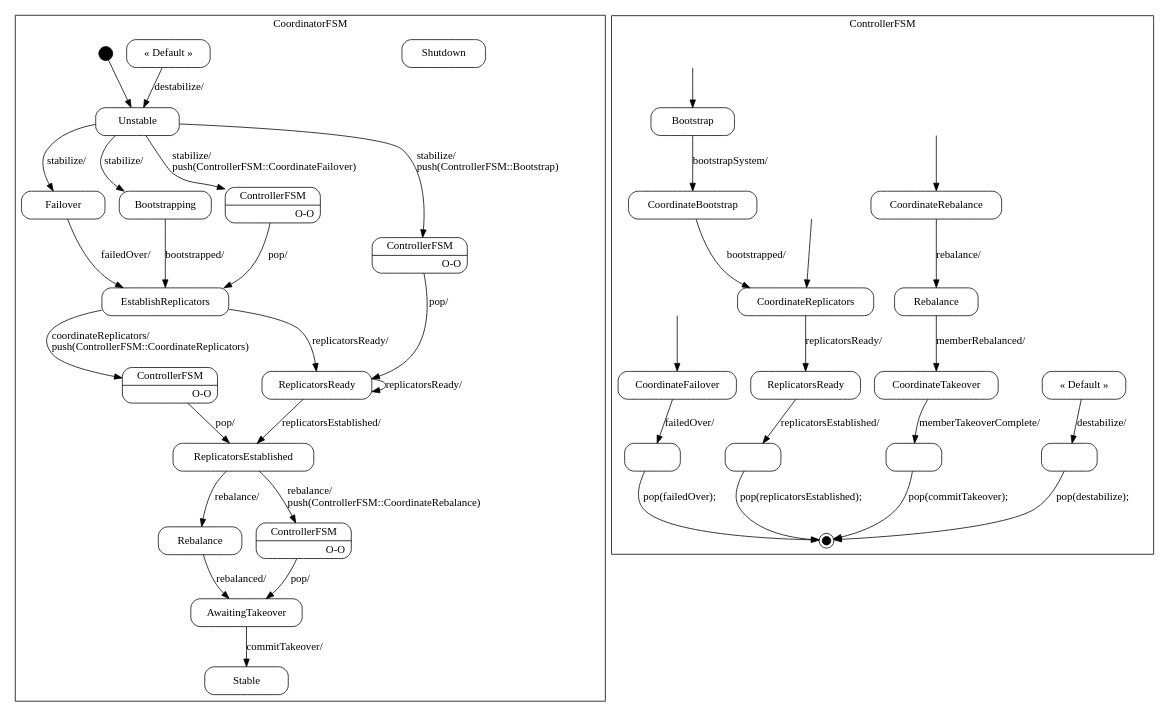
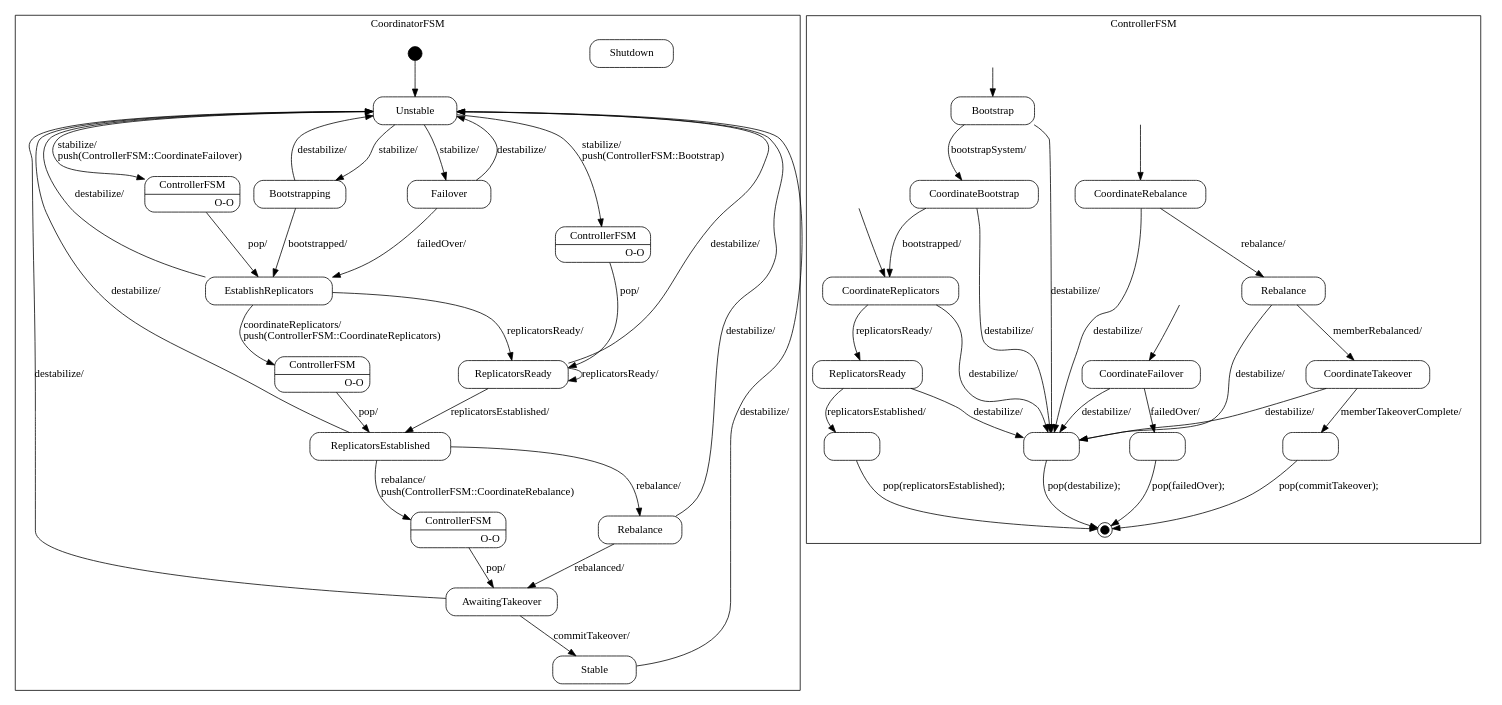
One commit to vmehra-sfdc/Ouroboros changed the diagram in spindle/doc/Coordinator_sm.dot. Above: the diagram before and after it, drawn with Graphviz. The commit also changed 37 other files, not shown here.

```diff
--- a/spindle/doc/Coordinator_sm.dot
+++ b/spindle/doc/Coordinator_sm.dot
@@ -1,4 +1,4 @@
-digraph Coordinator_sm {
+digraph Coordinator {
 
     node
         [shape=Mrecord width=1.5];
@@ -41,9 +41,6 @@
         "CoordinatorFSM::Shutdown"
             [label="{Shutdown}"];
 
-        "CoordinatorFSM::DefaultState"
-            [label="{&laquo; Default &raquo;}"];
-
         "CoordinatorFSM::ReplicatorsEstablished::ControllerFSM"
             [label="{ControllerFSM|O-O\r}"]
 
@@ -75,11 +72,20 @@
         "CoordinatorFSM::Unstable" -> "CoordinatorFSM::Bootstrapping"
             [label="stabilize/\l"];
 
+        "CoordinatorFSM::Stable" -> "CoordinatorFSM::Unstable"
+            [label="destabilize/\l"];
+
         "CoordinatorFSM::Bootstrapping" -> "CoordinatorFSM::EstablishReplicators"
             [label="bootstrapped/\l"];
 
+        "CoordinatorFSM::Bootstrapping" -> "CoordinatorFSM::Unstable"
+            [label="destabilize/\l"];
+
         "CoordinatorFSM::Failover" -> "CoordinatorFSM::EstablishReplicators"
             [label="failedOver/\l"];
+
+        "CoordinatorFSM::Failover" -> "CoordinatorFSM::Unstable"
+            [label="destabilize/\l"];
 
         "CoordinatorFSM::EstablishReplicators" -> "CoordinatorFSM::ReplicatorsEstablished::ControllerFSM"
             [label="coordinateReplicators/\lpush(ControllerFSM::CoordinateReplicators)\l"];
@@ -87,11 +93,17 @@
         "CoordinatorFSM::EstablishReplicators" -> "CoordinatorFSM::ReplicatorsReady"
             [label="replicatorsReady/\l"];
 
+        "CoordinatorFSM::EstablishReplicators" -> "CoordinatorFSM::Unstable"
+            [label="destabilize/\l"];
+
         "CoordinatorFSM::ReplicatorsReady" -> "CoordinatorFSM::ReplicatorsEstablished"
             [label="replicatorsEstablished/\l"];
 
         "CoordinatorFSM::ReplicatorsReady" -> "CoordinatorFSM::ReplicatorsReady"
             [label="replicatorsReady/\l"];
+
+        "CoordinatorFSM::ReplicatorsReady" -> "CoordinatorFSM::Unstable"
+            [label="destabilize/\l"];
 
         "CoordinatorFSM::ReplicatorsEstablished" -> "CoordinatorFSM::AwaitingTakeover::ControllerFSM"
             [label="rebalance/\lpush(ControllerFSM::CoordinateRebalance)\l"];
@@ -99,13 +111,19 @@
         "CoordinatorFSM::ReplicatorsEstablished" -> "CoordinatorFSM::Rebalance"
             [label="rebalance/\l"];
 
+        "CoordinatorFSM::ReplicatorsEstablished" -> "CoordinatorFSM::Unstable"
+            [label="destabilize/\l"];
+
         "CoordinatorFSM::Rebalance" -> "CoordinatorFSM::AwaitingTakeover"
             [label="rebalanced/\l"];
+
+        "CoordinatorFSM::Rebalance" -> "CoordinatorFSM::Unstable"
+            [label="destabilize/\l"];
 
         "CoordinatorFSM::AwaitingTakeover" -> "CoordinatorFSM::Stable"
             [label="commitTakeover/\l"];
 
-        "CoordinatorFSM::DefaultState" -> "CoordinatorFSM::Unstable"
+        "CoordinatorFSM::AwaitingTakeover" -> "CoordinatorFSM::Unstable"
             [label="destabilize/\l"];
 
         "CoordinatorFSM::ReplicatorsEstablished::ControllerFSM" -> "CoordinatorFSM::ReplicatorsEstablished"
@@ -155,9 +173,6 @@
         "ControllerFSM::CoordinateTakeover"
             [label="{CoordinateTakeover}"];
 
-        "ControllerFSM::DefaultState"
-            [label="{&laquo; Default &raquo;}"];
-
         "ControllerFSM::pop(destabilize)"
             [label="" width=1]
 
@@ -192,28 +207,49 @@
         "ControllerFSM::Bootstrap" -> "ControllerFSM::CoordinateBootstrap"
             [label="bootstrapSystem/\l"];
 
+        "ControllerFSM::Bootstrap" -> "ControllerFSM::pop(destabilize)"
+            [label="destabilize/\l"];
+
         "ControllerFSM::CoordinateBootstrap" -> "ControllerFSM::CoordinateReplicators"
             [label="bootstrapped/\l"];
+
+        "ControllerFSM::CoordinateBootstrap" -> "ControllerFSM::pop(destabilize)"
+            [label="destabilize/\l"];
 
         "ControllerFSM::CoordinateFailover" -> "ControllerFSM::pop(failedOver)"
             [label="failedOver/\l"];
 
+        "ControllerFSM::CoordinateFailover" -> "ControllerFSM::pop(destabilize)"
+            [label="destabilize/\l"];
+
         "ControllerFSM::CoordinateReplicators" -> "ControllerFSM::ReplicatorsReady"
             [label="replicatorsReady/\l"];
+
+        "ControllerFSM::CoordinateReplicators" -> "ControllerFSM::pop(destabilize)"
+            [label="destabilize/\l"];
 
         "ControllerFSM::ReplicatorsReady" -> "ControllerFSM::pop(replicatorsEstablished)"
             [label="replicatorsEstablished/\l"];
 
+        "ControllerFSM::ReplicatorsReady" -> "ControllerFSM::pop(destabilize)"
+            [label="destabilize/\l"];
+
         "ControllerFSM::CoordinateRebalance" -> "ControllerFSM::Rebalance"
             [label="rebalance/\l"];
+
+        "ControllerFSM::CoordinateRebalance" -> "ControllerFSM::pop(destabilize)"
+            [label="destabilize/\l"];
 
         "ControllerFSM::Rebalance" -> "ControllerFSM::CoordinateTakeover"
             [label="memberRebalanced/\l"];
 
+        "ControllerFSM::Rebalance" -> "ControllerFSM::pop(destabilize)"
+            [label="destabilize/\l"];
+
         "ControllerFSM::CoordinateTakeover" -> "ControllerFSM::pop(commitTakeover)"
             [label="memberTakeoverComplete/\l"];
 
-        "ControllerFSM::DefaultState" -> "ControllerFSM::pop(destabilize)"
+        "ControllerFSM::CoordinateTakeover" -> "ControllerFSM::pop(destabilize)"
             [label="destabilize/\l"];
 
         "ControllerFSM::pop(destabilize)" -> "ControllerFSM::%end"
```
